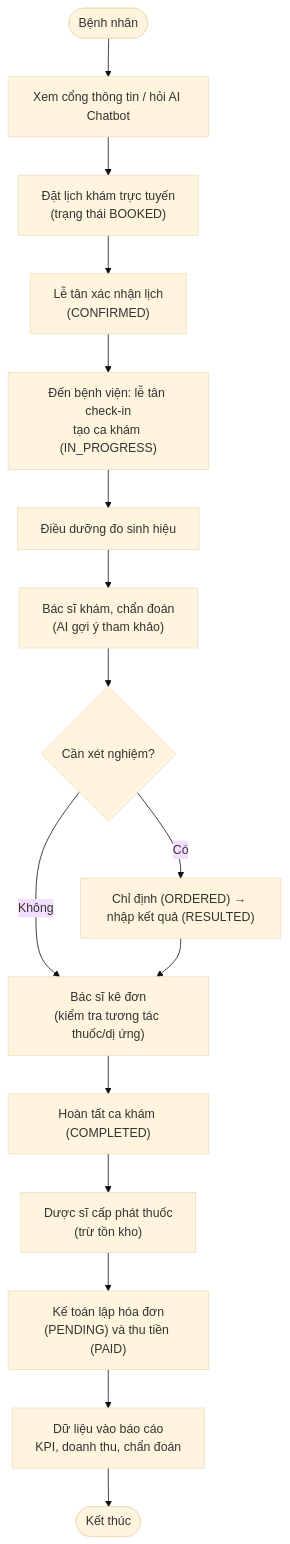
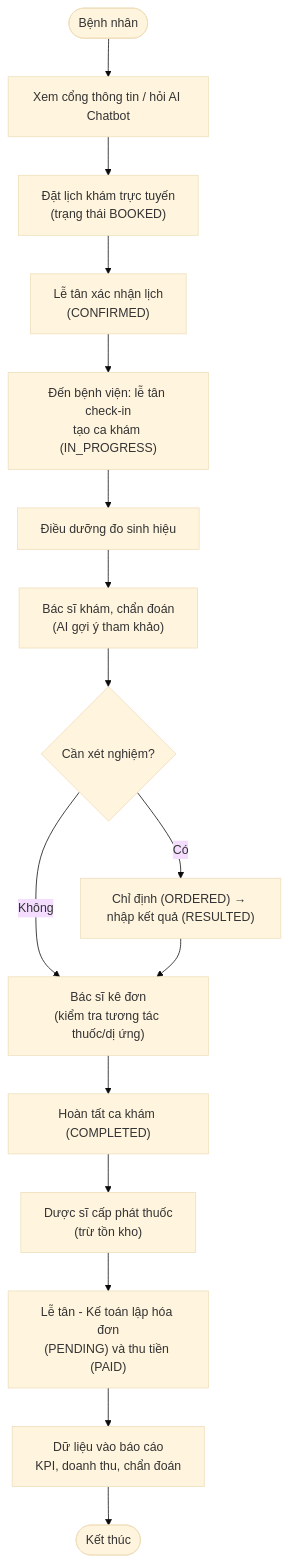
One commit to dinhson-11/MyPhatHospital changed the fourth of 16 diagrams in LUONG_HOAT_DONG.md. Above: the diagram before and after it, drawn with Mermaid (base theme). The commit also changed other lines of this file and 134 other files, not shown here.

````diff
--- a/LUONG_HOAT_DONG.md
+++ b/LUONG_HOAT_DONG.md
@@ -95,18 +95,18 @@
 ```mermaid
 flowchart TD
     S([Bệnh nhân]) --> A["Xem cổng thông tin / hỏi AI Chatbot"]
     A --> B["Đặt lịch khám trực tuyến<br/>(trạng thái BOOKED)"]
     B --> C["Lễ tân xác nhận lịch<br/>(CONFIRMED)"]
     C --> D["Đến bệnh viện: lễ tân check-in<br/>tạo ca khám (IN_PROGRESS)"]
     D --> E["Điều dưỡng đo sinh hiệu"]
     E --> F["Bác sĩ khám, chẩn đoán<br/>(AI gợi ý tham khảo)"]
     F --> G{"Cần xét nghiệm?"}
     G -- Có --> H["Chỉ định (ORDERED) → nhập kết quả (RESULTED)"]
     G -- Không --> I
     H --> I["Bác sĩ kê đơn<br/>(kiểm tra tương tác thuốc/dị ứng)"]
     I --> J["Hoàn tất ca khám (COMPLETED)"]
     J --> K["Dược sĩ cấp phát thuốc<br/>(trừ tồn kho)"]
-    K --> L["Kế toán lập hóa đơn<br/>(PENDING) và thu tiền (PAID)"]
+    K --> L["Lễ tân - Kế toán lập hóa đơn<br/>(PENDING) và thu tiền (PAID)"]
     L --> M["Dữ liệu vào báo cáo<br/>KPI, doanh thu, chẩn đoán"]
     M --> Z([Kết thúc])
 ```
````
